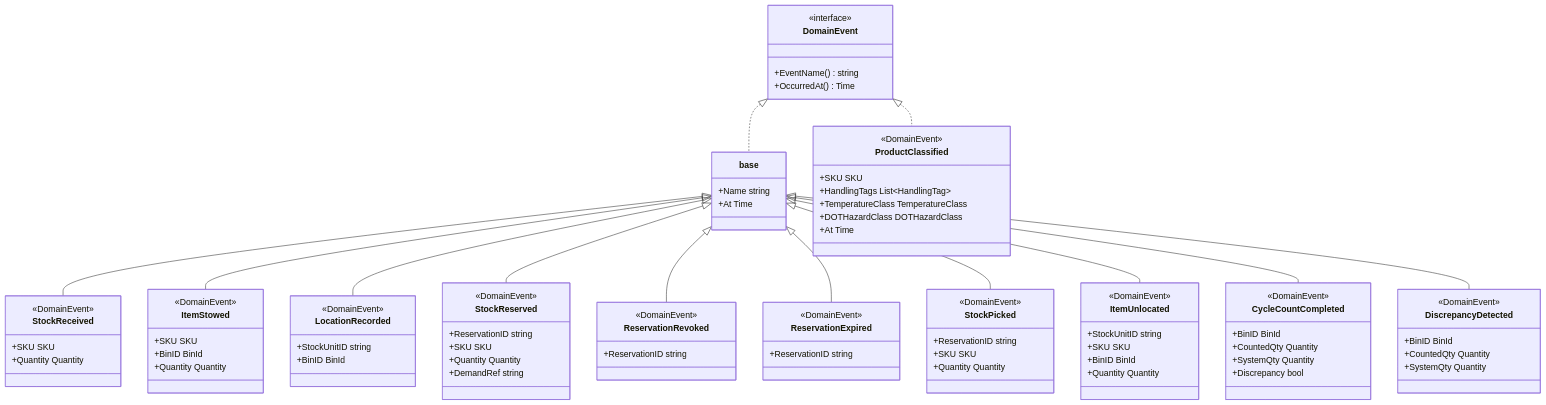
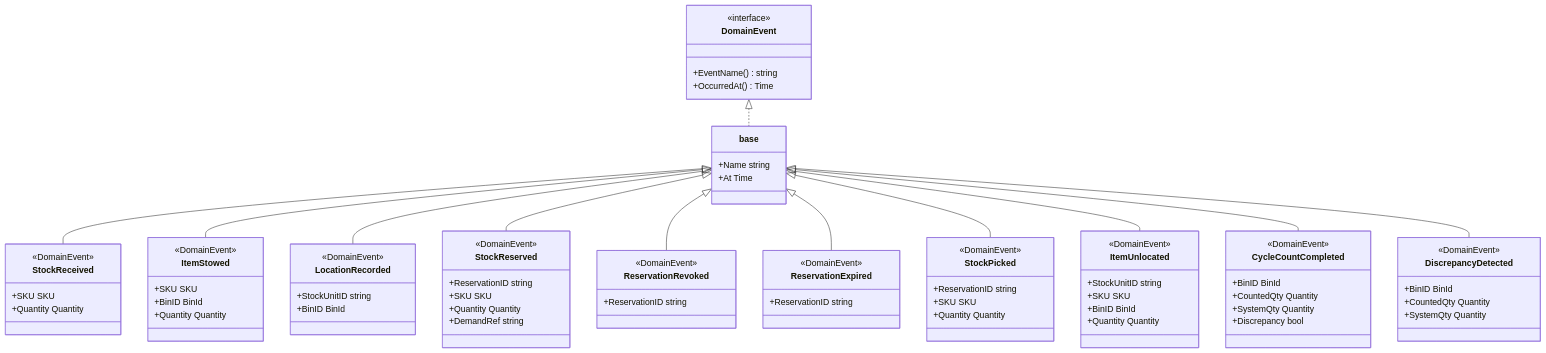
Before and after one commit to IQVO/inventory-storage: the second of 4 diagrams in docs/docs/ddd/class-diagram.md, drawn with Mermaid. The commit also changed other lines of this file and 15 other files, not shown here.

````diff
--- a/docs/docs/ddd/class-diagram.md
+++ b/docs/docs/ddd/class-diagram.md
@@ -241,14 +241,6 @@
         +CountedQty Quantity
         +SystemQty Quantity
     }
-    class ProductClassified {
-        <<DomainEvent>>
-        +SKU SKU
-        +HandlingTags List~HandlingTag~
-        +TemperatureClass TemperatureClass
-        +DOTHazardClass DOTHazardClass
-        +At Time
-    }
 
     DomainEvent <|.. base
     base <|-- StockReceived
@@ -261,5 +253,4 @@
     base <|-- ItemUnlocated
     base <|-- CycleCountCompleted
     base <|-- DiscrepancyDetected
-    DomainEvent <|.. ProductClassified
 ```
````
